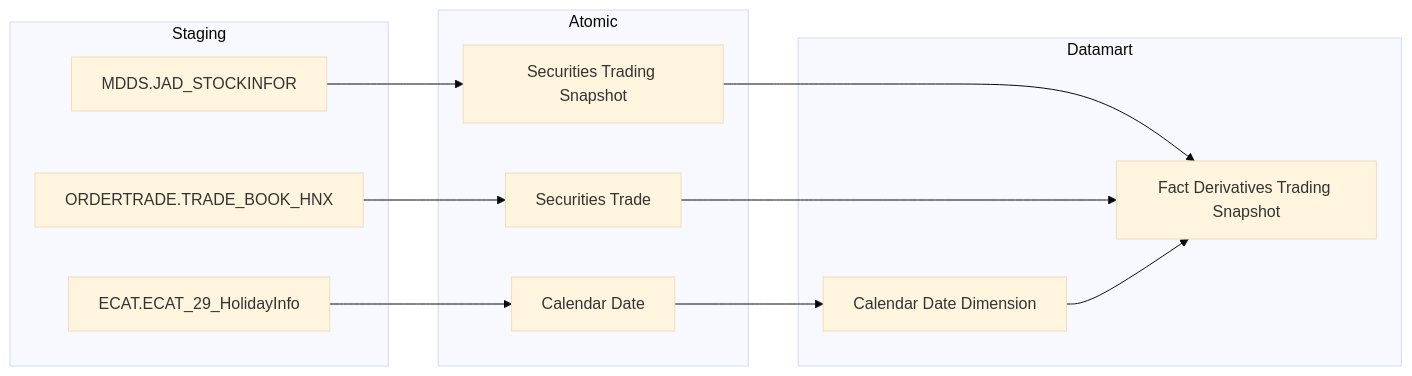
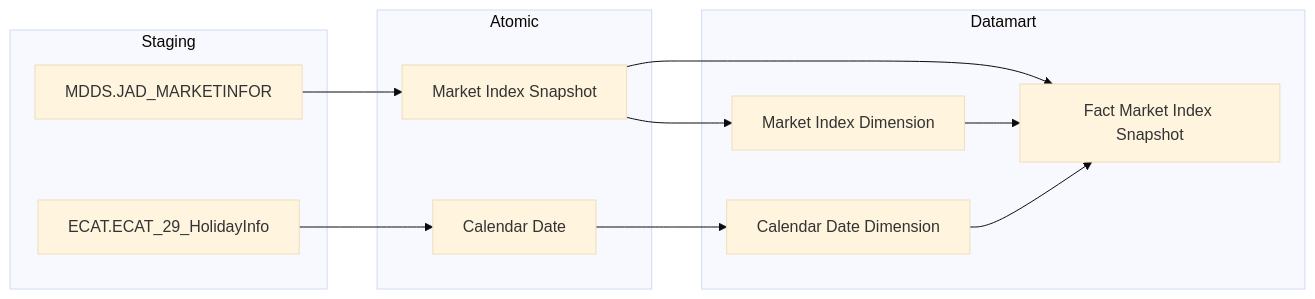
Before and after one commit to linhlvit/ubck_atomic_design: the second of 40 diagrams in Datamart/hld/DTM_VP_HLD.md, drawn with Mermaid (base theme). The commit also changed other lines of this file and 25 other files, not shown here.

````diff
--- a/Datamart/hld/DTM_VP_HLD.md
+++ b/Datamart/hld/DTM_VP_HLD.md
@@ -41,24 +44,23 @@
 ```mermaid
 flowchart LR
     subgraph SRC["Staging"]
-        MDDS_JAD_STOCKINFOR["MDDS.JAD_STOCKINFOR"]
-        ORDERTRADE_TRADE_BOOK_HNX2["ORDERTRADE.TRADE_BOOK_HNX"]
-        ECAT_ECAT_29_HolidayInfo2["ECAT.ECAT_29_HolidayInfo"]
+        MDDS_JAD_MARKETINFOR["MDDS.JAD_MARKETINFOR"]
+        ECAT_ECAT_29_HolidayInfo["ECAT.ECAT_29_HolidayInfo"]
     end
     subgraph SIL["Atomic"]
-        Securities_Trading_Snapshot["Securities Trading Snapshot"]
-        Securities_Trade2["Securities Trade"]
-        Calendar_Date2["Calendar Date"]
+        Market_Index_Snapshot["Market Index Snapshot"]
+        Calendar_Date["Calendar Date"]
     end
     subgraph GOLD["Datamart"]
-        fct_derv_tdg_snpst["Fact Derivatives Trading Snapshot"]
-        cdr_dt_dim2["Calendar Date Dimension"]
+        Calendar_Date_Dimension["Calendar Date Dimension"]
+        Market_Index_Dimension["Market Index Dimension"]
+        Fact_Market_Index_Snapshot["Fact Market Index Snapshot"]
     end
-    MDDS_JAD_STOCKINFOR --> Securities_Trading_Snapshot
-    ORDERTRADE_TRADE_BOOK_HNX2 --> Securities_Trade2
-    ECAT_ECAT_29_HolidayInfo2 --> Calendar_Date2
-    Securities_Trading_Snapshot --> fct_derv_tdg_snpst
-    Securities_Trade2 --> fct_derv_tdg_snpst
-    Calendar_Date2 --> cdr_dt_dim2
-    cdr_dt_dim2 --> fct_derv_tdg_snpst
+    MDDS_JAD_MARKETINFOR --> Market_Index_Snapshot
+    ECAT_ECAT_29_HolidayInfo --> Calendar_Date
+    Market_Index_Snapshot --> Fact_Market_Index_Snapshot
+    Market_Index_Snapshot --> Market_Index_Dimension
+    Calendar_Date --> Calendar_Date_Dimension
+    Calendar_Date_Dimension --> Fact_Market_Index_Snapshot
+    Market_Index_Dimension --> Fact_Market_Index_Snapshot
 ```
````
